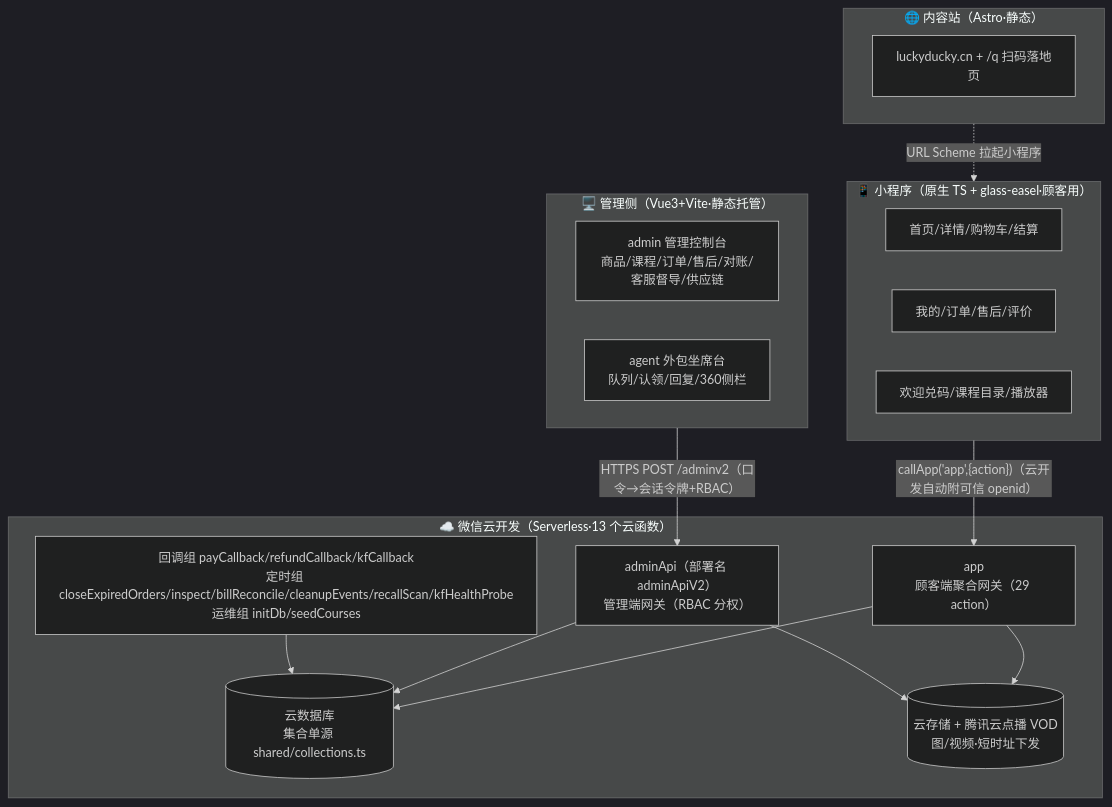
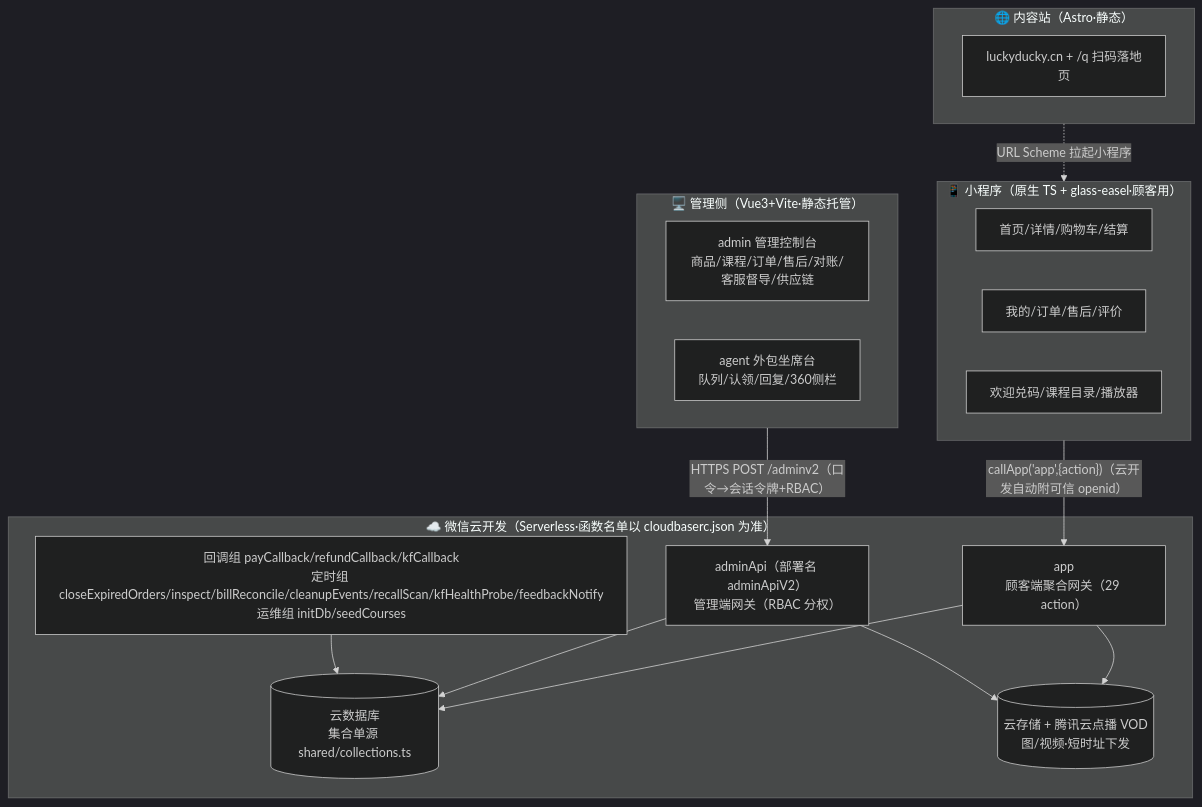
Before and after one commit to ookiisparrow/luckyducky-fable: the first of 2 diagrams in docs/业务逻辑架构.md, drawn with Mermaid (dark theme). The commit also changed other lines of this file and 12 other files, not shown here.

````diff
--- a/docs/业务逻辑架构.md
+++ b/docs/业务逻辑架构.md
@@ -12,31 +12,31 @@
 ```mermaid
 flowchart TB
   subgraph 管理侧["🖥️ 管理侧（Vue3+Vite·静态托管）"]
     A1["admin 管理控制台<br/>商品/课程/订单/售后/对账/客服督导/供应链"]
     A2["agent 外包坐席台<br/>队列/认领/回复/360侧栏"]
   end
-  subgraph 云["☁️ 微信云开发（Serverless·13 个云函数）"]
+  subgraph 云["☁️ 微信云开发（Serverless·函数名单以 cloudbaserc.json 为准）"]
     F1["app<br/>顾客端聚合网关（29 action）"]
     F2["adminApi（部署名 adminApiV2）<br/>管理端网关（RBAC 分权）"]
-    F3["回调组 payCallback/refundCallback/kfCallback<br/>定时组 closeExpiredOrders/inspect/billReconcile/cleanupEvents/recallScan/kfHealthProbe<br/>运维组 initDb/seedCourses"]
+    F3["回调组 payCallback/refundCallback/kfCallback<br/>定时组 closeExpiredOrders/inspect/billReconcile/cleanupEvents/recallScan/kfHealthProbe/feedbackNotify<br/>运维组 initDb/seedCourses"]
     DB[("云数据库<br/>集合单源 shared/collections.ts")]
     ST[("云存储 + 腾讯云点播 VOD<br/>图/视频·短时址下发")]
   end
   subgraph 端["📱 小程序（原生 TS + glass-easel·顾客用）"]
     P1["首页/详情/购物车/结算"]
     P2["我的/订单/售后/评价"]
     P3["欢迎兑码/课程目录/播放器"]
   end
   subgraph 站["🌐 内容站（Astro·静态）"]
     S1["luckyducky.cn + /q 扫码落地页"]
   end
 
   管理侧 -->|"HTTPS POST /adminv2（口令→会话令牌+RBAC）"| F2
   端 -->|"callApp('app',{action})（云开发自动附可信 openid）"| F1
   站 -.->|"URL Scheme 拉起小程序"| 端
   F1 --> DB
   F2 --> DB
   F3 --> DB
   F1 --> ST
   F2 --> ST
 ```
````
